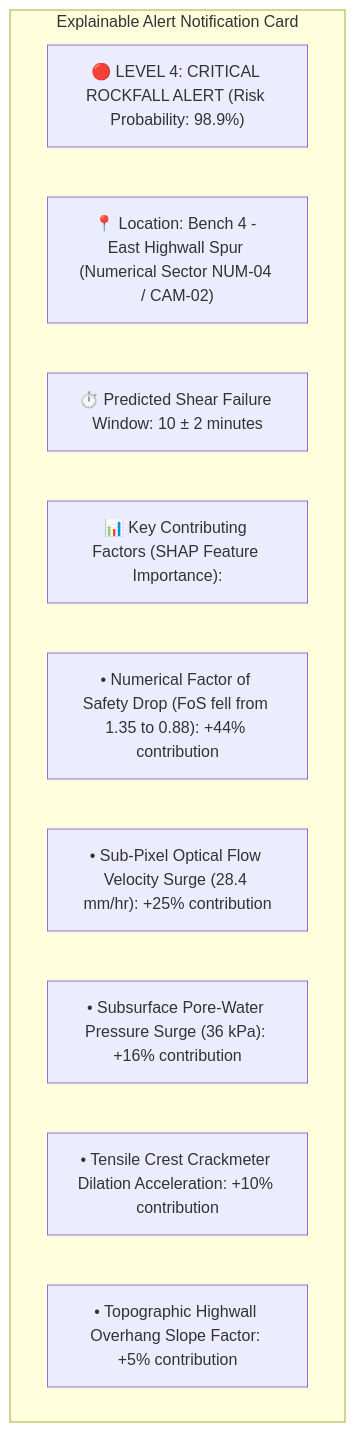
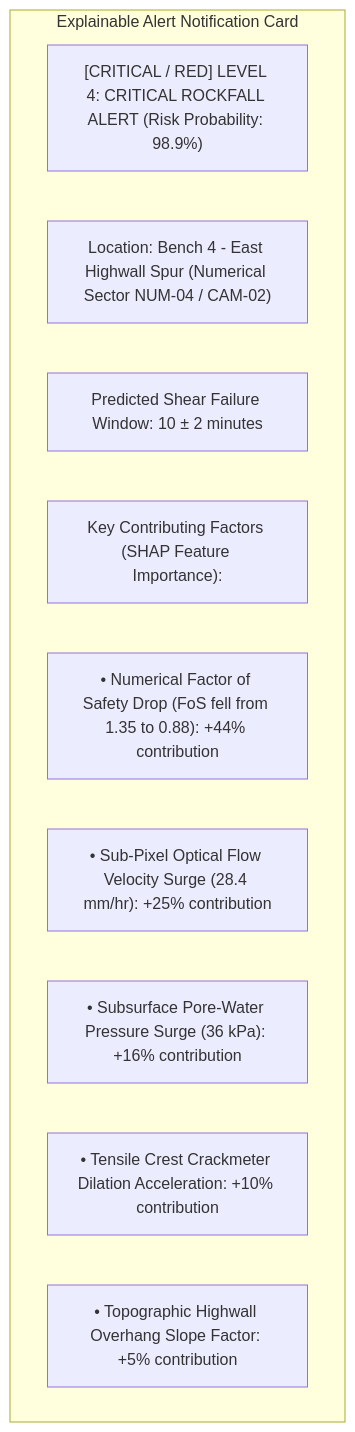
One commit to angelverman2021-a11y/Report changed the fifth of 7 diagrams in docs/22_Numerical_Slope_Stability_Analysis.md. Above: the diagram before and after it, drawn with Mermaid. The commit also changed other lines of this file and 32 other files, not shown here.

````diff
--- a/docs/22_Numerical_Slope_Stability_Analysis.md
+++ b/docs/22_Numerical_Slope_Stability_Analysis.md
@@ -302,14 +305,14 @@
 ```mermaid
 graph TD
-    subgraph Explainable Alert Notification Card
-        A["🔴 LEVEL 4: CRITICAL ROCKFALL ALERT (Risk Probability: 98.9%)"]
-        B["📍 Location: Bench 4 - East Highwall Spur (Numerical Sector NUM-04 / CAM-02)"]
-        C["⏱️ Predicted Shear Failure Window: 10 ± 2 minutes"]
-        D["📊 Key Contributing Factors (SHAP Feature Importance):"]
-        D1["• Numerical Factor of Safety Drop (FoS fell from 1.35 to 0.88): +44% contribution"]
-        D2["• Sub-Pixel Optical Flow Velocity Surge (28.4 mm/hr): +25% contribution"]
-        D3["• Subsurface Pore-Water Pressure Surge (36 kPa): +16% contribution"]
-        D4["• Tensile Crest Crackmeter Dilation Acceleration: +10% contribution"]
-        D5["• Topographic Highwall Overhang Slope Factor: +5% contribution"]
-    end
+ subgraph Explainable Alert Notification Card
+ A["[CRITICAL / RED] LEVEL 4: CRITICAL ROCKFALL ALERT (Risk Probability: 98.9%)"]
+ B[" Location: Bench 4 - East Highwall Spur (Numerical Sector NUM-04 / CAM-02)"]
+ C[" Predicted Shear Failure Window: 10 ± 2 minutes"]
+ D[" Key Contributing Factors (SHAP Feature Importance):"]
+ D1["• Numerical Factor of Safety Drop (FoS fell from 1.35 to 0.88): +44% contribution"]
+ D2["• Sub-Pixel Optical Flow Velocity Surge (28.4 mm/hr): +25% contribution"]
+ D3["• Subsurface Pore-Water Pressure Surge (36 kPa): +16% contribution"]
+ D4["• Tensile Crest Crackmeter Dilation Acceleration: +10% contribution"]
+ D5["• Topographic Highwall Overhang Slope Factor: +5% contribution"]
+ end
 ```
````
